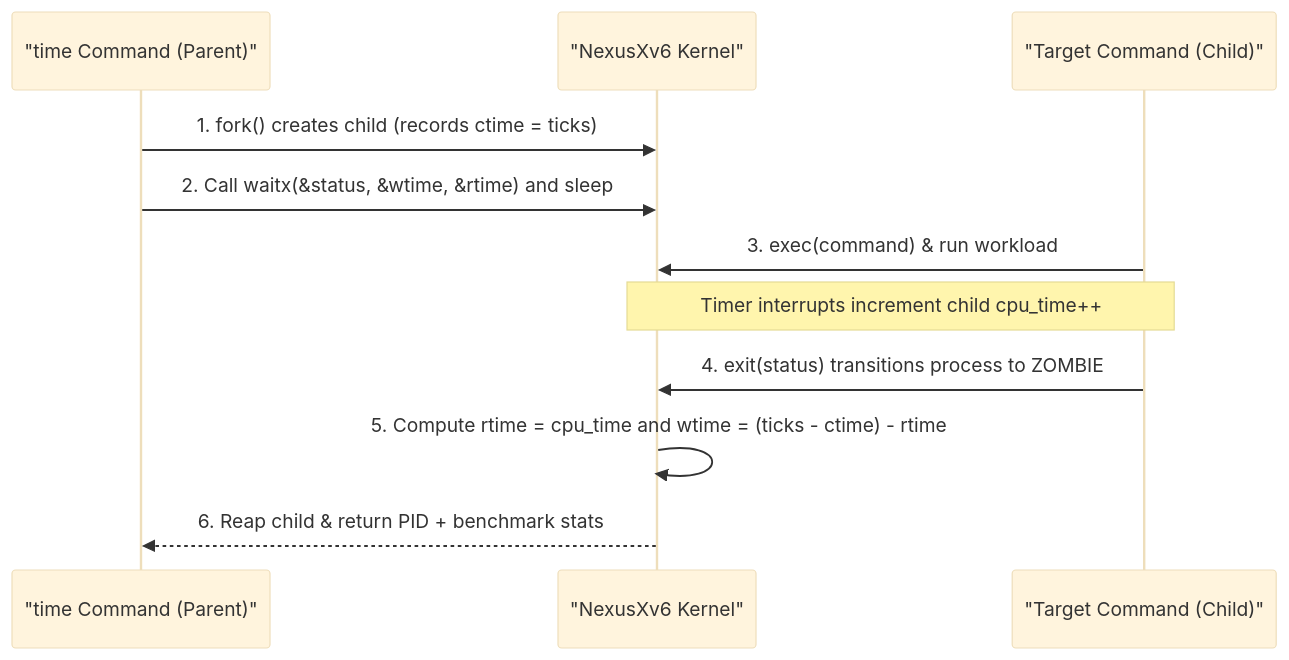
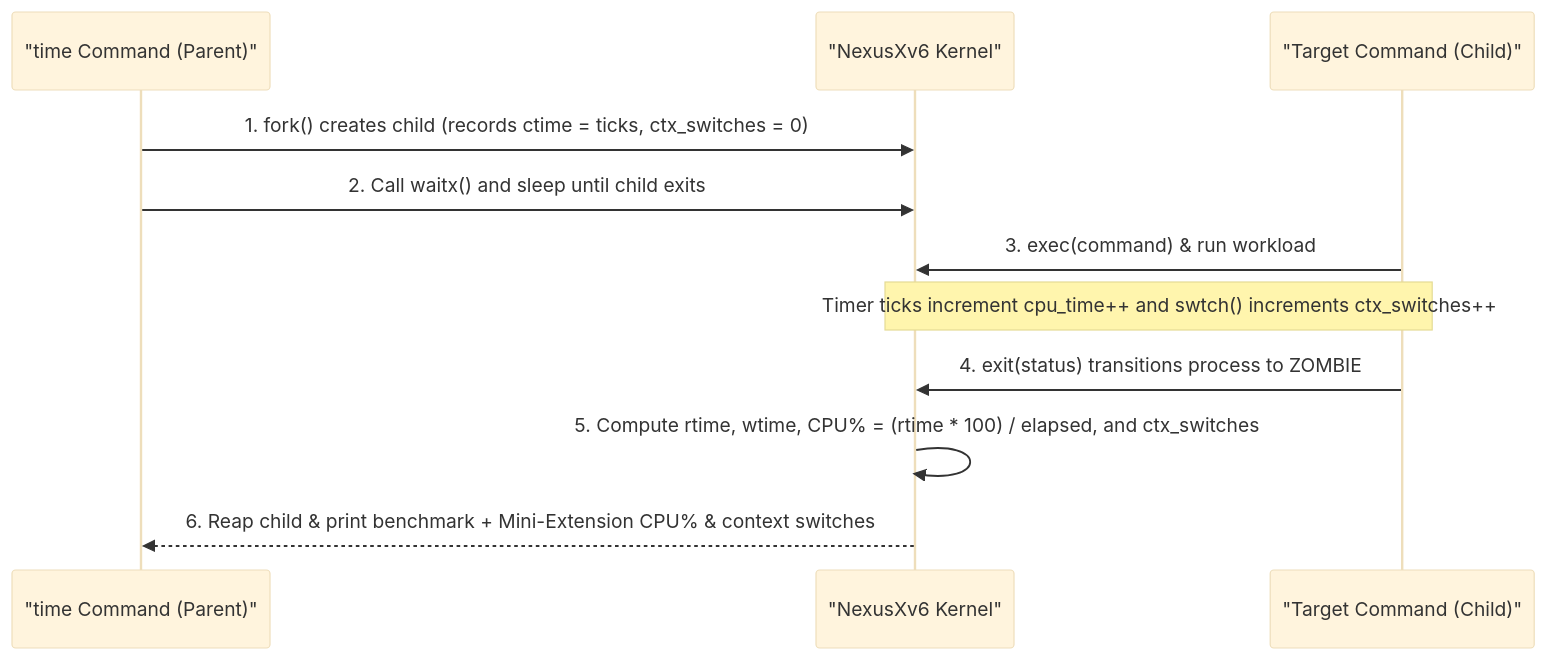
Before and after one commit to asbahkhan67-ctrl/xv6-riscv: diagram 12 of 21 in README.md, drawn with Mermaid (base theme). The commit also changed other lines of this file, not shown here.

````diff
--- a/README.md
+++ b/README.md
@@ -531,14 +594,14 @@
 ```mermaid
 sequenceDiagram
     participant Time as "time Command (Parent)"
     participant Kern as "NexusXv6 Kernel"
     participant Child as "Target Command (Child)"
 
-    Time->>Kern: 1. fork() creates child (records ctime = ticks)
-    Time->>Kern: 2. Call waitx(&status, &wtime, &rtime) and sleep
+    Time->>Kern: 1. fork() creates child (records ctime = ticks, ctx_switches = 0)
+    Time->>Kern: 2. Call waitx() and sleep until child exits
     Child->>Kern: 3. exec(command) & run workload
-    Note over Kern,Child: Timer interrupts increment child cpu_time++
+    Note over Kern,Child: Timer ticks increment cpu_time++ and swtch() increments ctx_switches++
     Child->>Kern: 4. exit(status) transitions process to ZOMBIE
-    Kern->>Kern: 5. Compute rtime = cpu_time and wtime = (ticks - ctime) - rtime
-    Kern-->>Time: 6. Reap child & return PID + benchmark stats
+    Kern->>Kern: 5. Compute rtime, wtime, CPU% = (rtime * 100) / elapsed, and ctx_switches
+    Kern-->>Time: 6. Reap child & print benchmark + Mini-Extension CPU% & context switches
 ```
````
